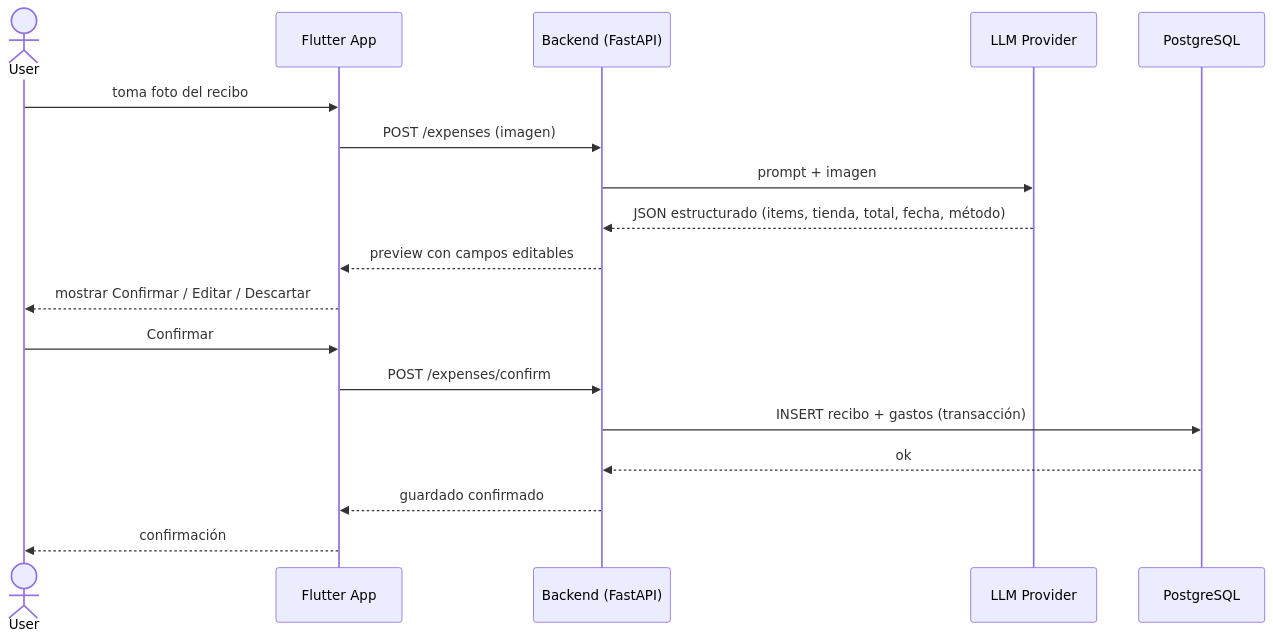
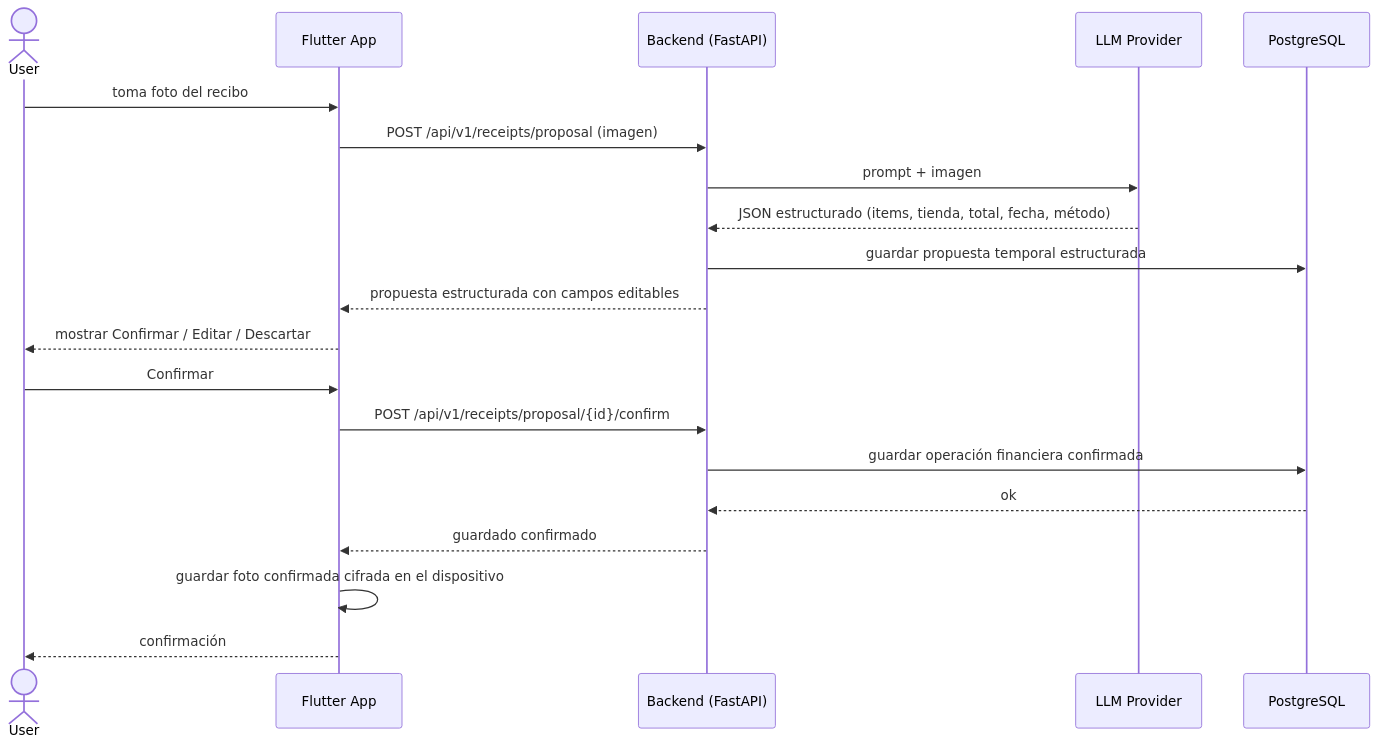
Before and after one commit to NullCorvus/finance-ai: the sixth of 8 diagrams in docs/UML.md, drawn with Mermaid. The commit also changed other lines of this file and 4 other files, not shown here.

Commit message:
docs: reconcile technical architecture with implemented services

````diff
--- a/docs/UML.md
+++ b/docs/UML.md
@@ -225,21 +241,23 @@
 ```mermaid
 sequenceDiagram
     actor U as User
     participant App as Flutter App
     participant API as Backend (FastAPI)
     participant LLM as LLM Provider
     participant DB as PostgreSQL
 
     U->>App: toma foto del recibo
-    App->>API: POST /expenses (imagen)
+    App->>API: POST /api/v1/receipts/proposal (imagen)
     API->>LLM: prompt + imagen
     LLM-->>API: JSON estructurado (items, tienda, total, fecha, método)
-    API-->>App: preview con campos editables
+    API->>DB: guardar propuesta temporal estructurada
+    API-->>App: propuesta estructurada con campos editables
     App-->>U: mostrar Confirmar / Editar / Descartar
     U->>App: Confirmar
-    App->>API: POST /expenses/confirm
-    API->>DB: INSERT recibo + gastos (transacción)
+    App->>API: POST /api/v1/receipts/proposal/{id}/confirm
+    API->>DB: guardar operación financiera confirmada
     DB-->>API: ok
     API-->>App: guardado confirmado
+    App->>App: guardar foto confirmada cifrada en el dispositivo
     App-->>U: confirmación
 ```
````
